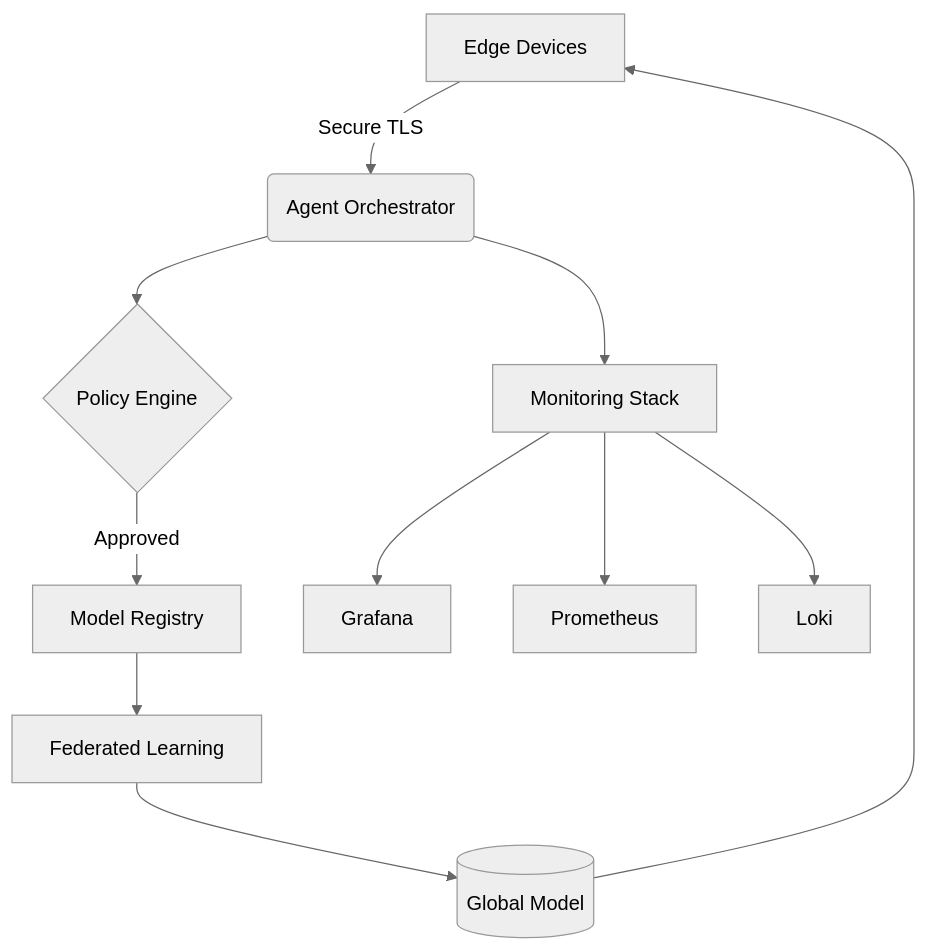
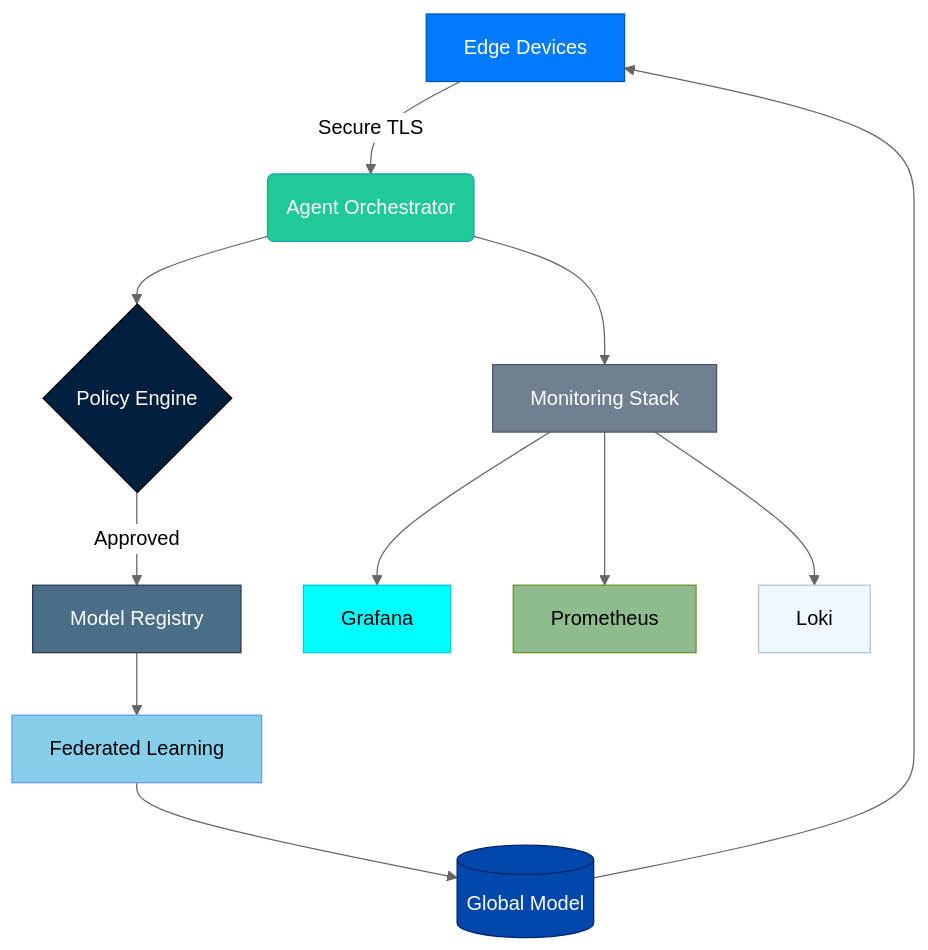
The first of 2 diagrams in README.md (WovexAGENT/Wovex-AGENT), drawn with Mermaid (neutral theme) before and after one commit. The commit also changed other lines of this file, not shown here.

````diff
--- a/README.md
+++ b/README.md
@@ -30,13 +32,25 @@
 ```mermaid
 graph TD
-    A[Edge Devices] -->|Secure TLS| B(Agent Orchestrator)
-    B --> C{Policy Engine}
-    C -->|Approved| D[Model Registry]
-    D --> E[Federated Learning]
-    E --> F[(Global Model)]
+    A[Edge Devices]:::blue -->|Secure TLS| B(Agent Orchestrator):::teal
+    B --> C{Policy Engine}:::navy
+    C -->|Approved| D[Model Registry]:::steel
+    D --> E[Federated Learning]:::sky
+    E --> F[(Global Model)]:::cobalt
     F --> A
-    B --> G[Monitoring Stack]
-    G --> H[Grafana]
-    G --> I[Prometheus]
-    G --> J[Loki]
+    B --> G[Monitoring Stack]:::slate
+    G --> H[Grafana]:::aqua
+    G --> I[Prometheus]:::seafoam
+    G --> J[Loki]:::ice
+
+    classDef blue fill:#007bff,stroke:#0056b3,color:#fff
+    classDef teal fill:#20c997,stroke:#17a2b8,color:#fff
+    classDef navy fill:#001f3f,stroke:#000,color:#fff
+    classDef steel fill:#4a6d88,stroke:#2d3748,color:#fff
+    classDef sky fill:#87ceeb,stroke:#5d9cec,color:#000
+    classDef cobalt fill:#0047ab,stroke:#002366,color:#fff
+    classDef slate fill:#708090,stroke:#4a5568,color:#fff
+    classDef aqua fill:#00ffff,stroke:#00cccc,color:#000
+    classDef seafoam fill:#8fbc8f,stroke:#6b8e23,color:#000
+    classDef ice fill:#f0f8ff,stroke:#b0c4de,color:#000
+          
 ```
````
